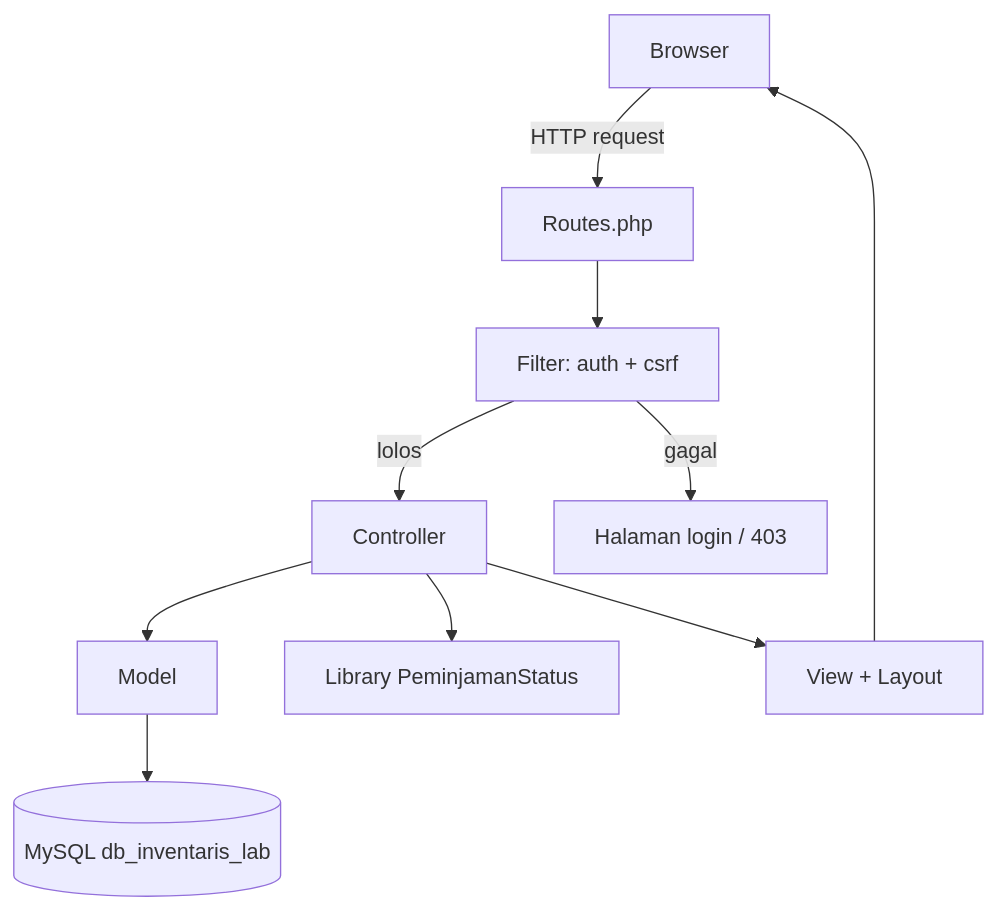
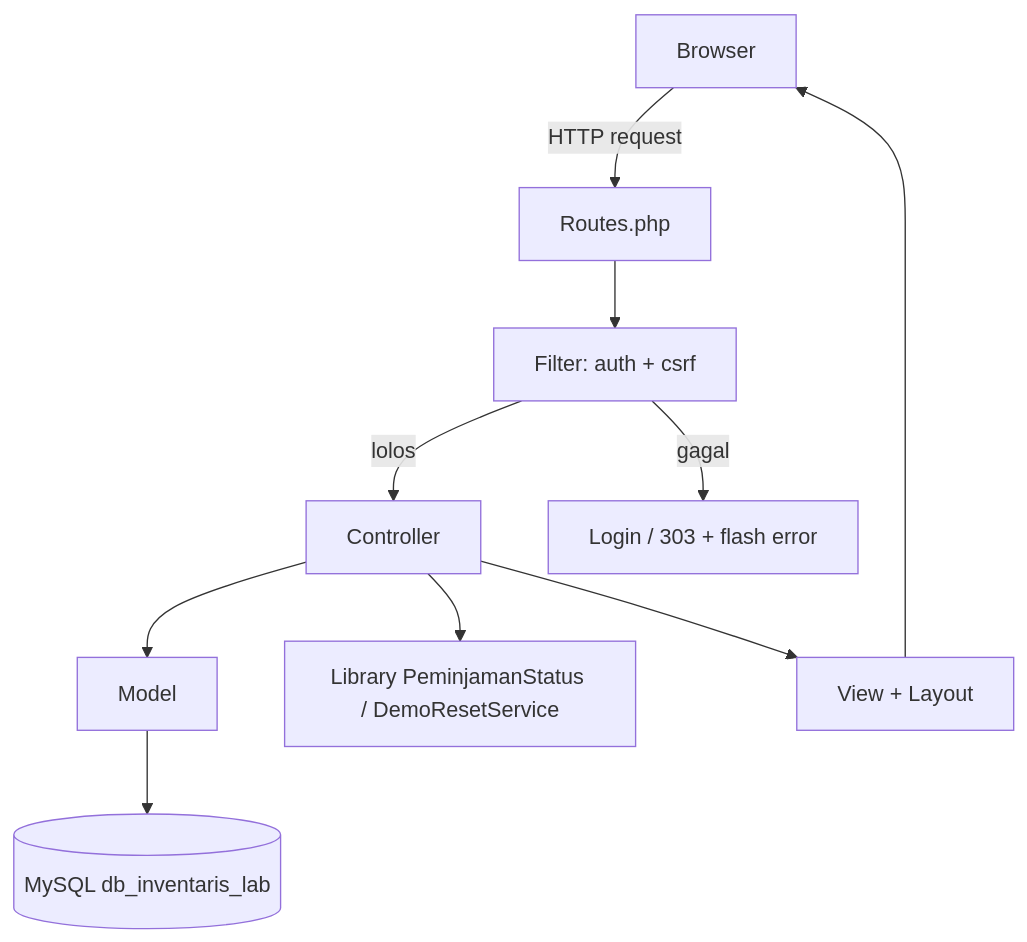
One commit to Qahluz/KhazLab changed the first of 4 diagrams in BAHAN_LAPORAN_DAN_DEMO.md. Above: the diagram before and after it, drawn with Mermaid. The commit also changed other lines of this file and 20 other files, not shown here.

Commit message:
feat: implementasi multi-role RBAC, quick login sandbox, dan auto-reset demo 24 jam

````diff
--- a/BAHAN_LAPORAN_DAN_DEMO.md
+++ b/BAHAN_LAPORAN_DAN_DEMO.md
@@ -34,12 +34,12 @@
 ```mermaid
 flowchart TD
     B[Browser] -->|HTTP request| R[Routes.php]
     R --> F[Filter: auth + csrf]
     F -->|lolos| C[Controller]
-    F -->|gagal| L[Halaman login / 403]
+    F -->|gagal| L["Login / 303 + flash error"]
     C --> M[Model]
     M --> DB[(MySQL db_inventaris_lab)]
-    C --> Lib[Library PeminjamanStatus]
+    C --> Lib[Library PeminjamanStatus / DemoResetService]
     C --> V[View + Layout]
     V --> B
 ```
````
